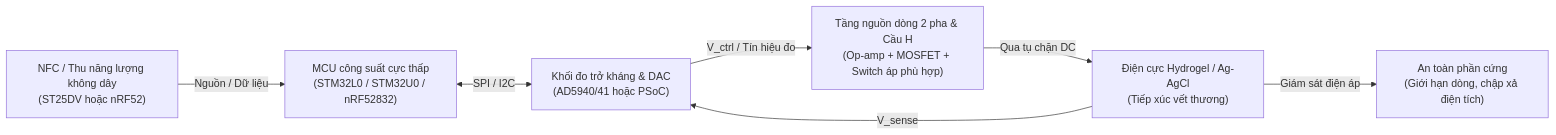
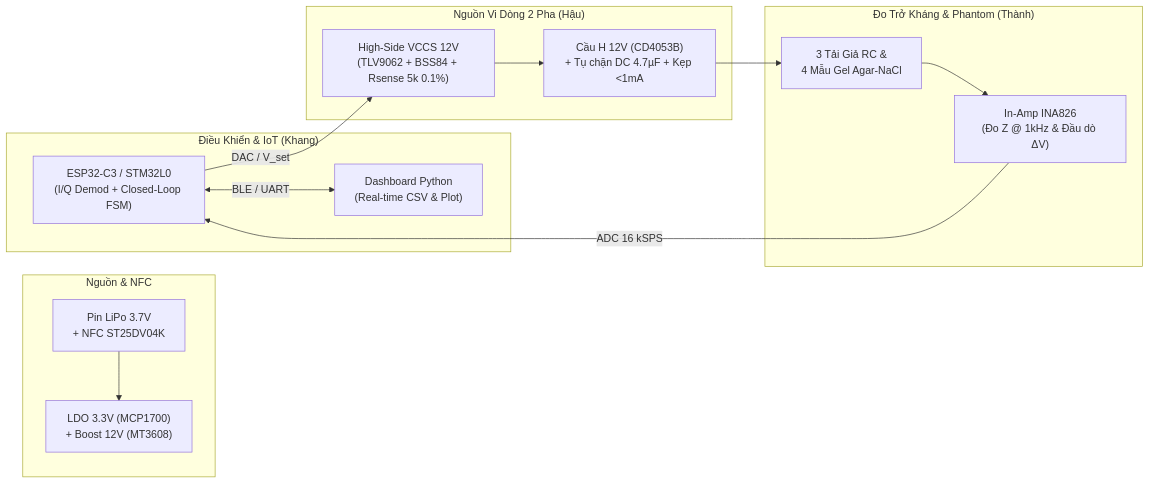
The diagram in README.md (uthonus/smart-wound-badange-ic), drawn with Mermaid before and after one commit. The commit also changed other lines of this file and 5 other files, not shown here.

Commit message:
docs: personalize 28-week plan for Hau, Thanh, Khang and add detailed hardware, firmware, phantom, and NCKH proposal docs

````diff
--- a/README.md
+++ b/README.md
@@ -27,9 +33,26 @@
 ```mermaid
 flowchart LR
-    NFC["NFC / Thu năng lượng không dây\n(ST25DV hoặc nRF52)"] -->|"Nguồn / Dữ liệu"| MCU["MCU công suất cực thấp\n(STM32L0 / STM32U0 / nRF52832)"]
-    MCU <-->|"SPI / I2C"| AFE["Khối đo trở kháng & DAC\n(AD5940/41 hoặc PSoC)"]
-    AFE -->|"V_ctrl / Tín hiệu đo"| STIM["Tầng nguồn dòng 2 pha & Cầu H\n(Op-amp + MOSFET + Switch áp phù hợp)"]
-    STIM -->|"Qua tụ chặn DC"| ELEC["Điện cực Hydrogel / Ag-AgCl\n(Tiếp xúc vết thương)"]
-    ELEC -->|"V_sense"| AFE
-    ELEC -->|"Giám sát điện áp"| SAFE["An toàn phần cứng\n(Giới hạn dòng, chập xả điện tích)"]
+    subgraph Power ["Nguồn & NFC"]
+        BAT["Pin LiPo 3.7V\n+ NFC ST25DV04K"] --> REG["LDO 3.3V (MCP1700)\n+ Boost 12V (MT3608)"]
+    end
+
+    subgraph MCU_Block ["Điều Khiển & IoT (Khang)"]
+        MCU["ESP32-C3 / STM32L0\n(I/Q Demod + Closed-Loop FSM)"]
+        DASH["Dashboard Python\n(Real-time CSV & Plot)"]
+    end
+
+    subgraph Stim_Block ["Nguồn Vi Dòng 2 Pha (Hậu)"]
+        VCCS["High-Side VCCS 12V\n(TLV9062 + BSS84 + Rsense 5k 0.1%)"]
+        HB["Cầu H 12V (CD4053B)\n+ Tụ chặn DC 4.7µF + Kẹp <1mA"]
+    end
+
+    subgraph Sense_Block ["Đo Trở Kháng & Phantom (Thành)"]
+        AFE["In-Amp INA826\n(Đo Z @ 1kHz & Đầu dò ΔV)"]
+        GEL["3 Tải Giả RC &\n4 Mẫu Gel Agar-NaCl"]
+    end
+
+    MCU <-->|"BLE / UART"| DASH
+    MCU -->|"DAC / V_set"| VCCS
+    VCCS --> HB --> GEL
+    GEL --> AFE -->|"ADC 16 kSPS"| MCU
 ```
````
